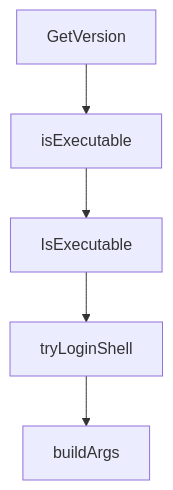
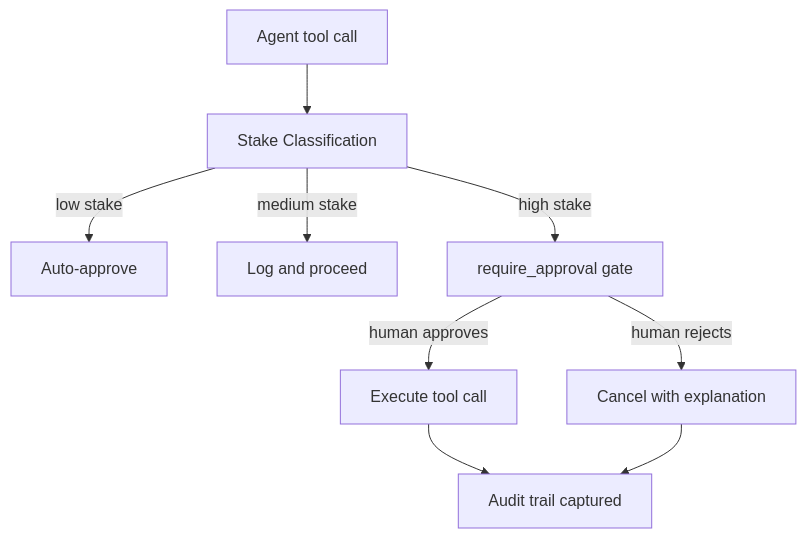
One commit to johnxie/awesome-code-docs changed the diagram in tutorials/humanlayer-tutorial/05-human-approval-and-high-stakes-actions.md. Above: the diagram before and after it, drawn with Mermaid. The commit also changed other lines of this file and 1232 other files, not shown here.

````diff
--- a/tutorials/humanlayer-tutorial/05-human-approval-and-high-stakes-actions.md
+++ b/tutorials/humanlayer-tutorial/05-human-approval-and-high-stakes-actions.md
@@ -211,12 +52,11 @@
 ```mermaid
 flowchart TD
-    A[GetVersion]
-    B[isExecutable]
-    C[IsExecutable]
-    D[tryLoginShell]
-    E[buildArgs]
-    A --> B
-    B --> C
-    C --> D
-    D --> E
+    A[Agent tool call] --> B[Stake Classification]
+    B -->|low stake| C[Auto-approve]
+    B -->|medium stake| D[Log and proceed]
+    B -->|high stake| E[require_approval gate]
+    E -->|human approves| F[Execute tool call]
+    E -->|human rejects| G[Cancel with explanation]
+    F --> H[Audit trail captured]
+    G --> H
 ```
````
